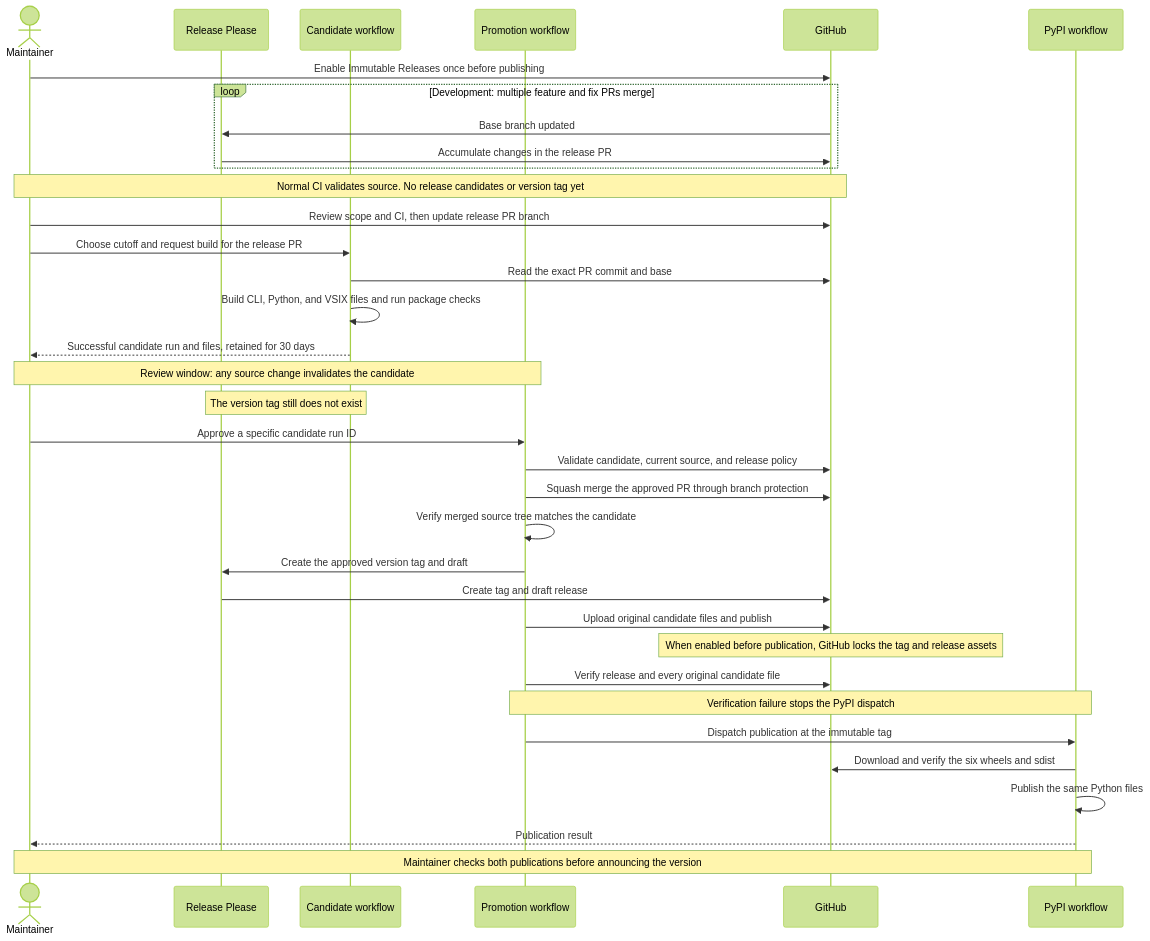
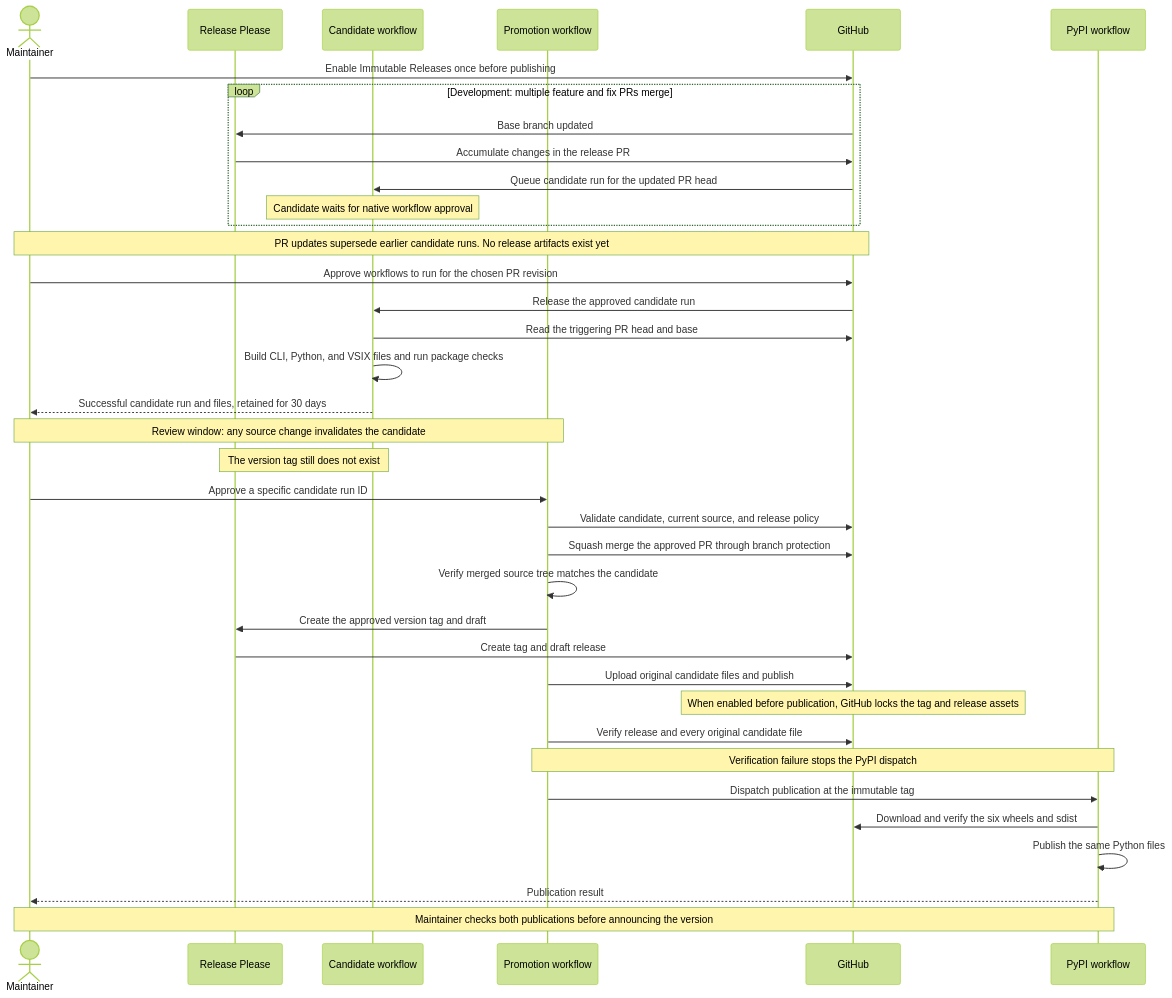
The first of 2 diagrams in RELEASE_POLICY.md (NatLabRockies/arco), drawn with Mermaid (forest theme) before and after one commit. The commit also changed other lines of this file and 9 other files, not shown here.

Commit message:
feat(release): build candidates after native PR workflow approval

````diff
--- a/RELEASE_POLICY.md
+++ b/RELEASE_POLICY.md
@@ -37,41 +40,43 @@
 ```mermaid
 sequenceDiagram
     actor M as Maintainer
     participant RP as Release Please
     participant B as Candidate workflow
     participant P as Promotion workflow
     participant GH as GitHub
     participant PY as PyPI workflow
 
     M->>GH: Enable Immutable Releases once before publishing
     loop Development: multiple feature and fix PRs merge
         GH->>RP: Base branch updated
         RP->>GH: Accumulate changes in the release PR
+        GH->>B: Queue candidate run for the updated PR head
+        Note over B: Candidate waits for native workflow approval
     end
-    Note over M,GH: Normal CI validates source. No release candidates or version tag yet
+    Note over M,GH: PR updates supersede earlier candidate runs. No release artifacts exist yet
 
-    M->>GH: Review scope and CI, then update release PR branch
-    M->>B: Choose cutoff and request build for the release PR
-    B->>GH: Read the exact PR commit and base
+    M->>GH: Approve workflows to run for the chosen PR revision
+    GH->>B: Release the approved candidate run
+    B->>GH: Read the triggering PR head and base
     B->>B: Build CLI, Python, and VSIX files and run package checks
     B-->>M: Successful candidate run and files, retained for 30 days
     Note over M,P: Review window: any source change invalidates the candidate
     Note over RP,B: The version tag still does not exist
 
     M->>P: Approve a specific candidate run ID
     P->>GH: Validate candidate, current source, and release policy
     P->>GH: Squash merge the approved PR through branch protection
     P->>P: Verify merged source tree matches the candidate
     P->>RP: Create the approved version tag and draft
     RP->>GH: Create tag and draft release
     P->>GH: Upload original candidate files and publish
     Note over GH: When enabled before publication, GitHub locks the tag and release assets
     P->>GH: Verify release and every original candidate file
     Note over P,PY: Verification failure stops the PyPI dispatch
 
     P->>PY: Dispatch publication at the immutable tag
     PY->>GH: Download and verify the six wheels and sdist
     PY->>PY: Publish the same Python files
     PY-->>M: Publication result
     Note over M,PY: Maintainer checks both publications before announcing the version
 ```
````
